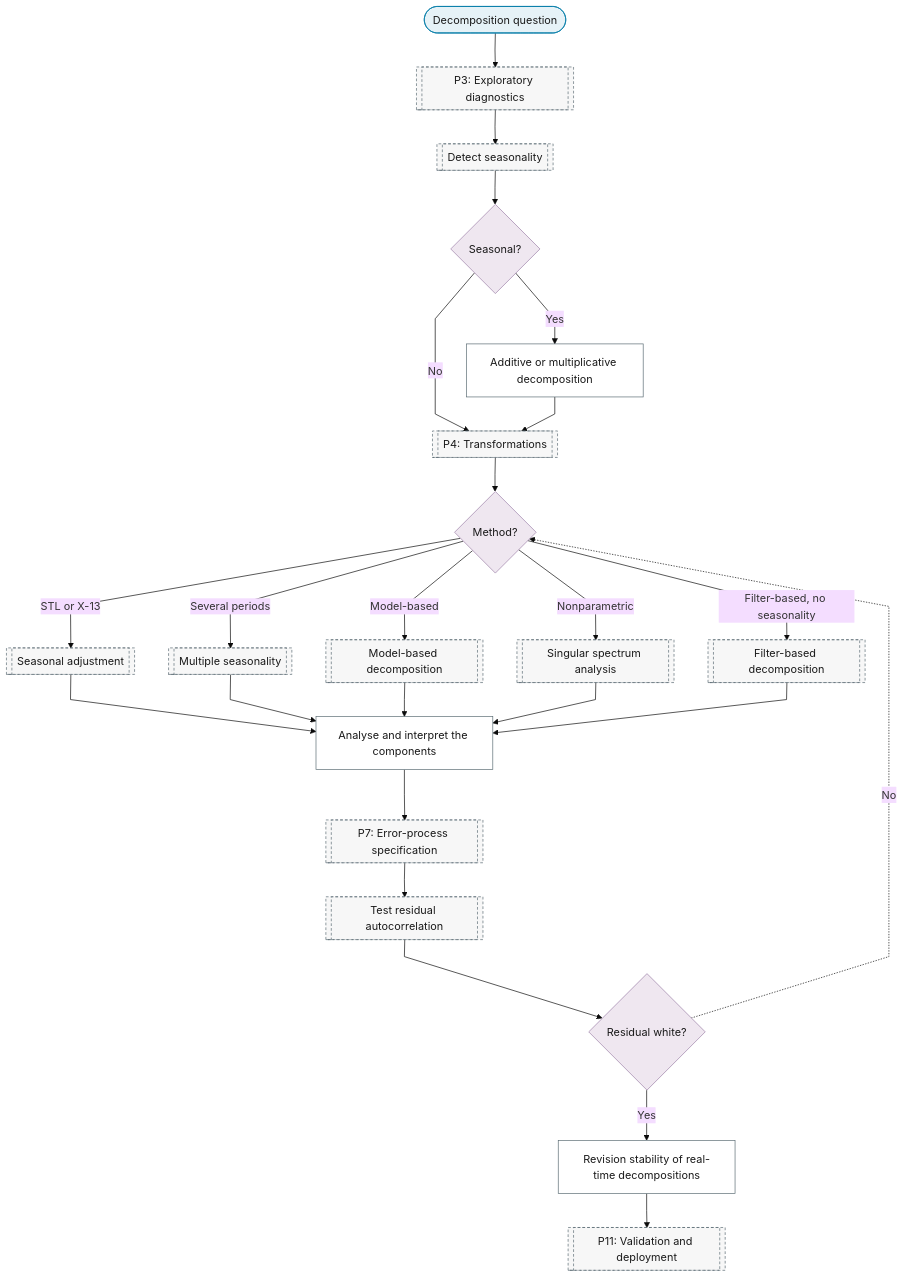
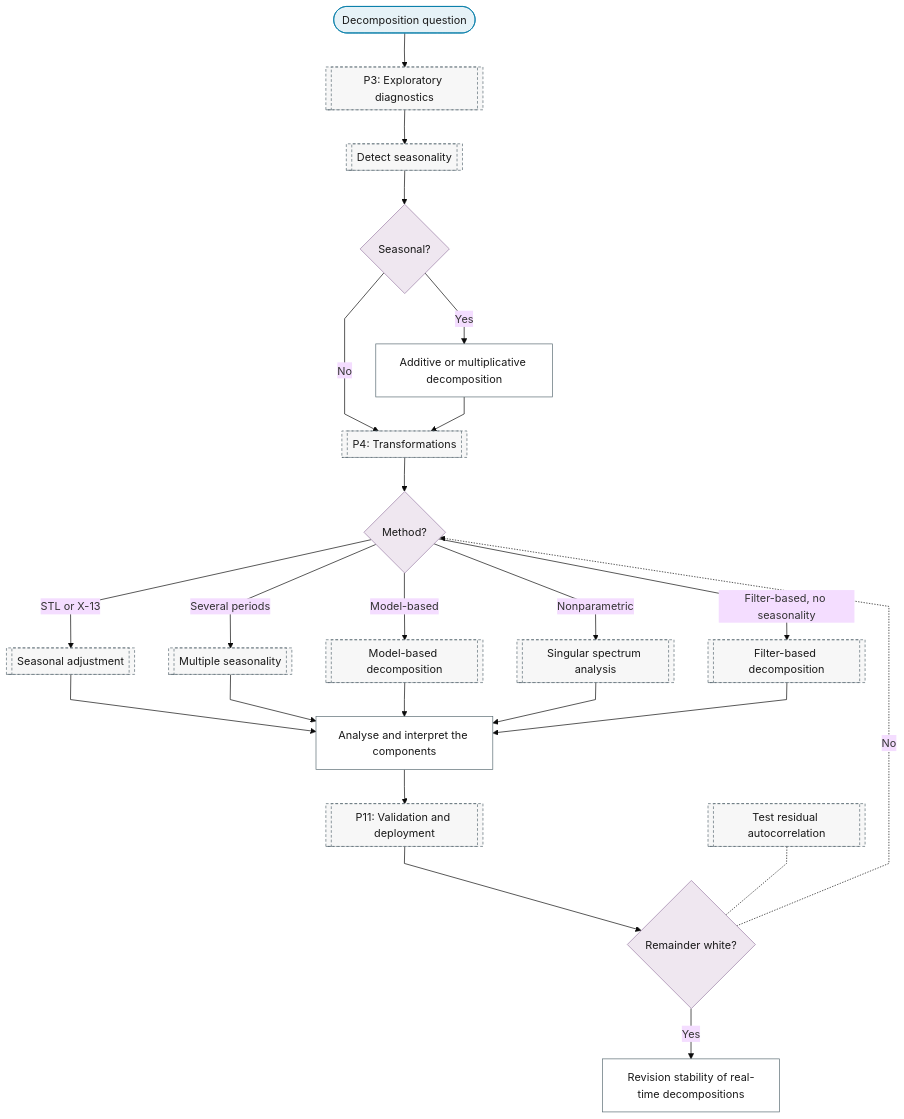
The diagram in docs/01-workflow/p02-purpose/06-decomposition.md (Shuxin-Y/time-series-analysis-manual), drawn with Mermaid (base theme) before and after one commit. The commit also changed 6 other files, not shown here.

First line of the commit message:
fix(flowchart): P6 asks whether a conditional-mean model is the deliverable; no-model paths skip P6 to P9 (rev1 R2-1)

````diff
--- a/docs/01-workflow/p02-purpose/06-decomposition.md
+++ b/docs/01-workflow/p02-purpose/06-decomposition.md
@@ -7,35 +7,34 @@
 ```mermaid
 %%{init: {"flowchart": {"curve": "linear"}}}%%
 graph TD
     P2_DC_IN(["Decomposition question"]) --> P3[["P3: Exploratory diagnostics"]]
     P3 --> P3_SEASONALITY[["Detect seasonality"]]
     P3_SEASONALITY --> P2_DC_SEASONAL{"Seasonal?"}
     P2_DC_SEASONAL -->|"Yes"| P2_DC_ADDITIVE_MULTIPLICATIVE["Additive or multiplicative decomposition"]
     P2_DC_SEASONAL -->|"No"| P4
     P2_DC_ADDITIVE_MULTIPLICATIVE --> P4[["P4: Transformations"]]
     P4 --> P2_DC_METHOD{"Method?"}
     P2_DC_METHOD -->|"STL or X-13"| P4_SEASONAL_ADJUSTMENT[["Seasonal adjustment"]]
     P2_DC_METHOD -->|"Several periods"| P4_MULTIPLE_SEASONALITY[["Multiple seasonality"]]
     P2_DC_METHOD -->|"Model-based"| P4_MODEL_DECOMPOSITION[["Model-based decomposition"]]
     P2_DC_METHOD -->|"Nonparametric"| P4_SSA[["Singular spectrum analysis"]]
     P2_DC_METHOD -->|"Filter-based, no seasonality"| P4_FILTER_DECOMPOSITION[["Filter-based decomposition"]]
     P4_SEASONAL_ADJUSTMENT & P4_MULTIPLE_SEASONALITY & P4_MODEL_DECOMPOSITION & P4_SSA & P4_FILTER_DECOMPOSITION --> P2_DC_COMPONENT_ANALYSIS["Analyse and interpret the components"]
-    P2_DC_COMPONENT_ANALYSIS --> P7[["P7: Error-process specification"]]
-    P7 --> P7_MEAN_TESTS[["Test residual autocorrelation"]]
-    P7_MEAN_TESTS --> P2_DC_RESIDUAL{"Residual white?"}
+    P2_DC_COMPONENT_ANALYSIS --> P11[["P11: Validation and deployment"]]
+    P11 --> P2_DC_RESIDUAL{"Remainder white?"}
+    P7_MEAN_TESTS[["Test residual autocorrelation"]] -.- P2_DC_RESIDUAL
     P2_DC_RESIDUAL -.->|"No"| P2_DC_METHOD
     P2_DC_RESIDUAL -->|"Yes"| P2_DC_REVISION["Revision stability of real-time decompositions"]
-    P2_DC_REVISION --> P11[["P11: Validation and deployment"]]
     class P2_DC_IN terminator
     class P2_DC_SEASONAL,P2_DC_METHOD,P2_DC_RESIDUAL decision
     class P2_DC_ADDITIVE_MULTIPLICATIVE,P2_DC_COMPONENT_ANALYSIS,P2_DC_REVISION process
-    class P3,P3_SEASONALITY,P4,P4_SEASONAL_ADJUSTMENT,P4_MULTIPLE_SEASONALITY,P4_MODEL_DECOMPOSITION,P4_SSA,P4_FILTER_DECOMPOSITION,P7,P7_MEAN_TESTS,P11 ref
+    class P3,P3_SEASONALITY,P4,P4_SEASONAL_ADJUSTMENT,P4_MULTIPLE_SEASONALITY,P4_MODEL_DECOMPOSITION,P4_SSA,P4_FILTER_DECOMPOSITION,P11,P7_MEAN_TESTS ref
     classDef terminator fill:#E6F2F7,stroke:#007BA7,color:#1A1A1A;
     classDef process fill:#FFFFFF,stroke:#5A6B73,color:#1A1A1A;
     classDef decision fill:#EFE7F0,stroke:#9B7FA7,color:#1A1A1A;
     classDef data fill:#FFF4E0,stroke:#C9A55E,color:#1A1A1A;
     classDef good fill:#DCEFD8,stroke:#4A7A3F,color:#1A1A1A;
     classDef escalate fill:#FFE9C2,stroke:#C9A55E,color:#1A1A1A;
     classDef problem fill:#F2D9DE,stroke:#800020,color:#1A1A1A;
     classDef ref fill:#F7F7F7,stroke:#5A6B73,color:#1A1A1A,stroke-dasharray:4 3;
 ```
````
